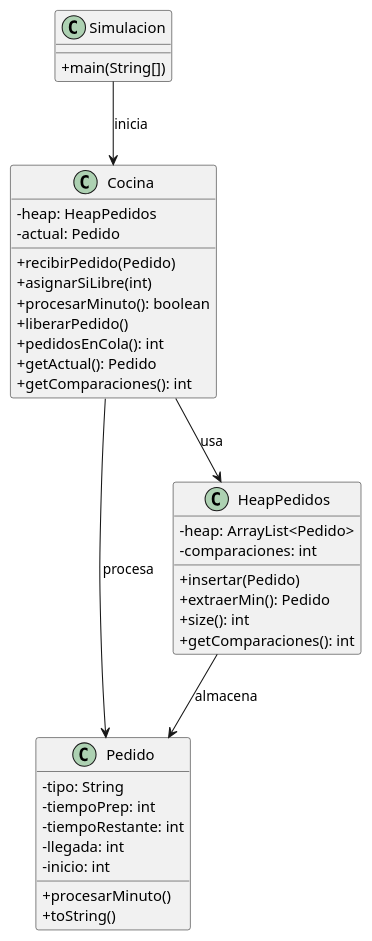
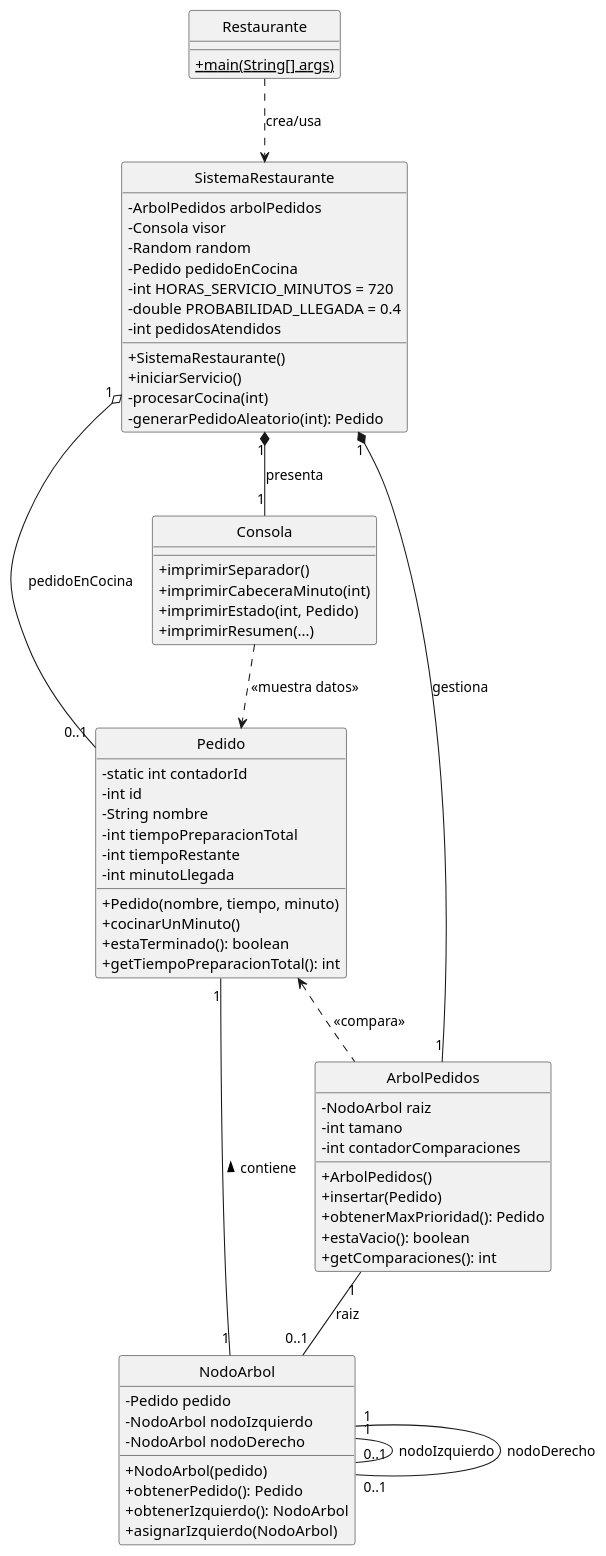
The diagram in entregas/romeroLeslie/documentosUML/Diagrama.puml (mmasias/25-26-EDA1), drawn with PlantUML before and after one commit.

Commit message:
Diagrama UML

```diff
--- a/entregas/romeroLeslie/documentosUML/Diagrama.puml
+++ b/entregas/romeroLeslie/documentosUML/Diagrama.puml
@@ -1,48 +1,94 @@
-@startuml
+@startuml RestauranteSimulacion
 
+' Configuración de apariencia
+hide circle
+skinparam classAttributeIconSize 0
 
-skinparam classAttributeIconSize 0
-skinparam defaultTextAlignment center
+' ----------------------------------------------------
+' 1. Clases del Modelo y Componentes de Estructura de Datos
+' ----------------------------------------------------
 
 class Pedido {
-  - tipo: String
-  - tiempoPrep: int
-  - tiempoRestante: int
-  - llegada: int
-  - inicio: int
-  + procesarMinuto()
-  + toString()
+    - static int contadorId
+    - int id
+    - String nombre
+    - int tiempoPreparacionTotal
+    - int tiempoRestante
+    - int minutoLlegada
+    + Pedido(nombre, tiempo, minuto)
+    + cocinarUnMinuto()
+    + estaTerminado(): boolean
+    + getTiempoPreparacionTotal(): int
 }
 
-class HeapPedidos {
-  - heap: ArrayList<Pedido>
-  - comparaciones: int
-  + insertar(Pedido)
-  + extraerMin(): Pedido
-  + size(): int
-  + getComparaciones(): int
+class NodoArbol {
+    - Pedido pedido
+    - NodoArbol nodoIzquierdo
+    - NodoArbol nodoDerecho
+    + NodoArbol(pedido)
+    + obtenerPedido(): Pedido
+    + obtenerIzquierdo(): NodoArbol
+    + asignarIzquierdo(NodoArbol)
 }
 
-class Cocina {
-  - heap: HeapPedidos
-  - actual: Pedido
-  + recibirPedido(Pedido)
-  + asignarSiLibre(int)
-  + procesarMinuto(): boolean
-  + liberarPedido()
-  + pedidosEnCola(): int
-  + getActual(): Pedido
-  + getComparaciones(): int
+class ArbolPedidos {
+    - NodoArbol raiz
+    - int tamano
+    - int contadorComparaciones
+    + ArbolPedidos()
+    + insertar(Pedido)
+    + obtenerMaxPrioridad(): Pedido
+    + estaVacio(): boolean
+    + getComparaciones(): int
 }
 
-class Simulacion {
-  + main(String[])
+' Relaciones internas de la estructura de datos
+NodoArbol "1" -- "1" Pedido : contiene >
+ArbolPedidos "1" -- "0..1" NodoArbol : raiz
+NodoArbol "1" -- "0..1" NodoArbol : nodoIzquierdo
+NodoArbol "1" -- "0..1" NodoArbol : nodoDerecho
+
+' ----------------------------------------------------
+' 2. Clases del Controlador, Vista y Launcher
+' ----------------------------------------------------
+
+class Consola {
+    + imprimirSeparador()
+    + imprimirCabeceraMinuto(int)
+    + imprimirEstado(int, Pedido)
+    + imprimirResumen(...)
 }
 
+class SistemaRestaurante {
+    - ArbolPedidos arbolPedidos
+    - Consola visor
+    - Random random
+    - Pedido pedidoEnCocina
+    - int HORAS_SERVICIO_MINUTOS = 720
+    - double PROBABILIDAD_LLEGADA = 0.4
+    - int pedidosAtendidos
+    + SistemaRestaurante()
+    + iniciarServicio()
+    - procesarCocina(int)
+    - generarPedidoAleatorio(int): Pedido
+}
 
-Cocina --> HeapPedidos : usa
-Cocina --> Pedido : procesa
-HeapPedidos --> Pedido : almacena
-Simulacion --> Cocina : inicia
+class Restaurante {
+    + {static} main(String[] args)
+}
+
+' Relaciones funcionales
+
+' Launcher -> Controller
+Restaurante ..> SistemaRestaurante : crea/usa
+
+' Controlador y sus dependencias
+SistemaRestaurante "1" *-- "1" ArbolPedidos : gestiona
+SistemaRestaurante "1" *-- "1" Consola : presenta
+SistemaRestaurante "1" o-- "0..1" Pedido : pedidoEnCocina
+
+' Uso de Pedido por otras clases
+Consola .down.> Pedido : <<muestra datos>>
+ArbolPedidos .up.> Pedido : <<compara>>
 
 @enduml
```
